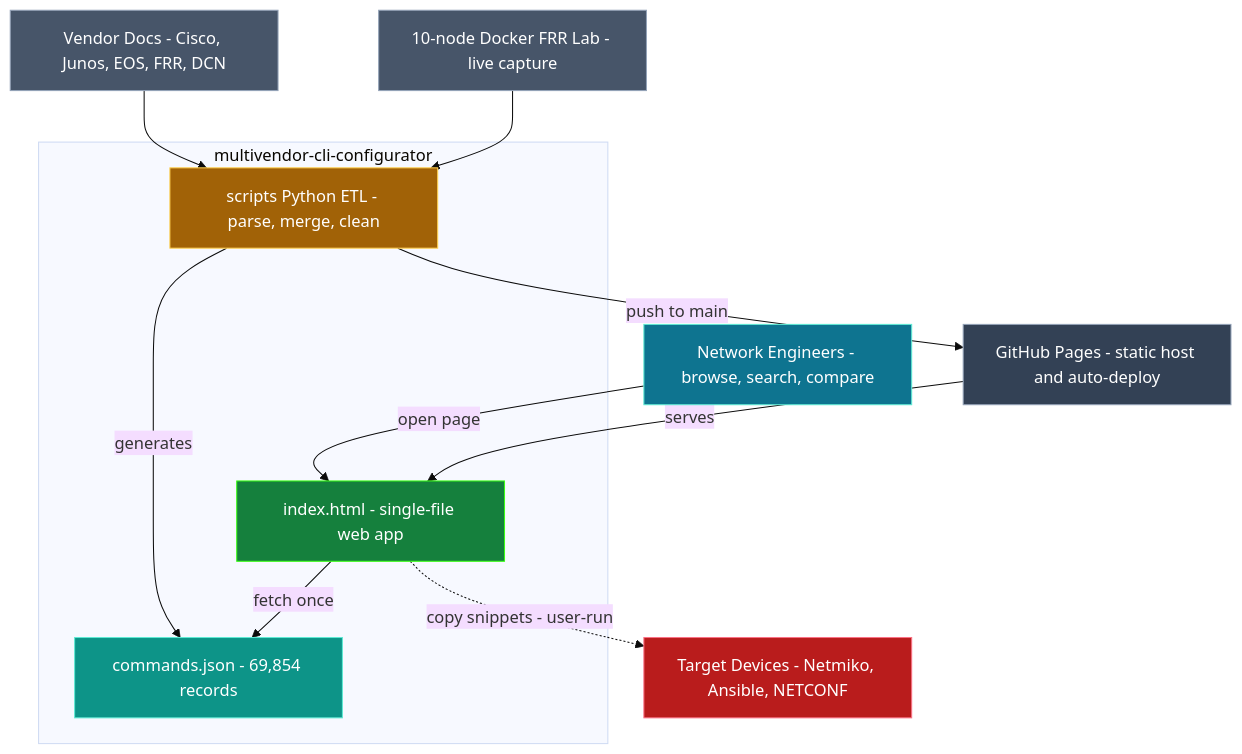
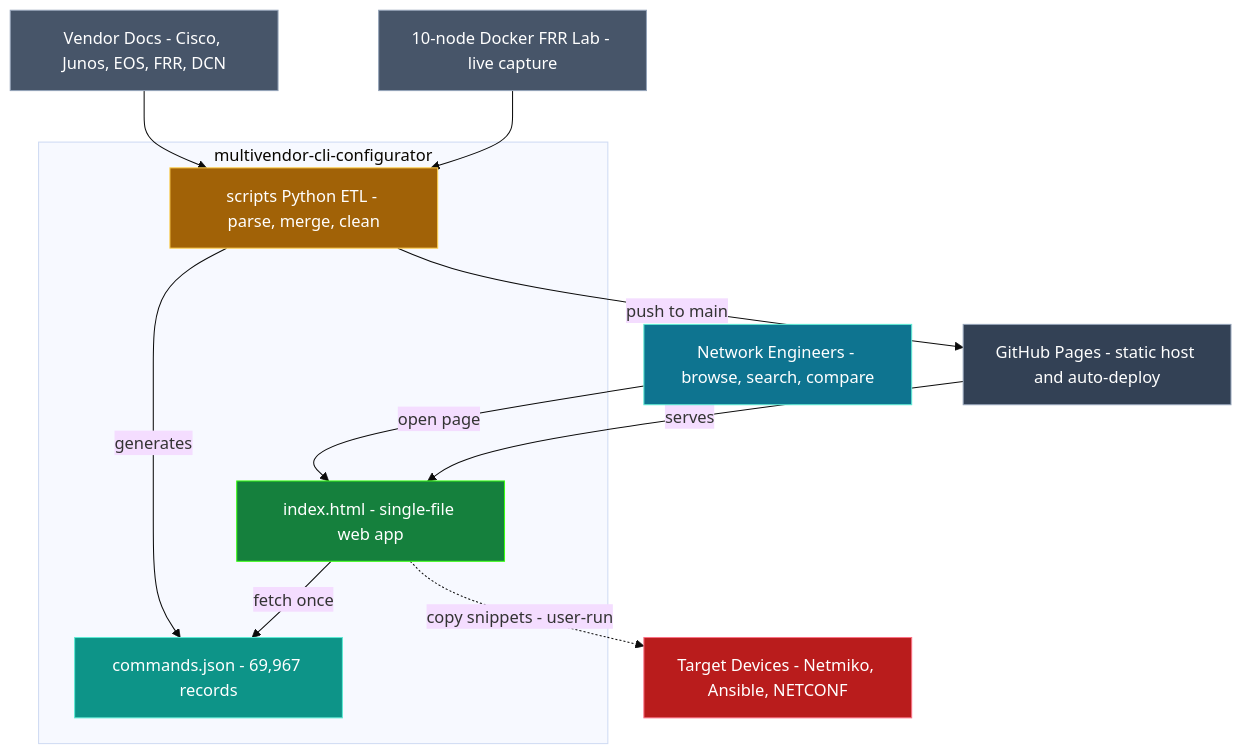
Before and after one commit to gesh75/multivendor-cli-configurator: the diagram in README.md, drawn with Mermaid (base theme). The commit also changed other lines of this file and 9 other files, not shown here.

````diff
--- a/README.md
+++ b/README.md
@@ -131,32 +137,32 @@
 ```mermaid
 flowchart TB
     eng["Network Engineers - browse, search, compare"]:::actor
     docs["Vendor Docs - Cisco, Junos, EOS, FRR, DCN"]:::source
     lab["10-node Docker FRR Lab - live capture"]:::source
 
     subgraph SYS["multivendor-cli-configurator"]
       app["index.html - single-file web app"]:::core
-      data["commands.json - 69,854 records"]:::store
+      data["commands.json - 69,967 records"]:::store
       pipe["scripts Python ETL - parse, merge, clean"]:::build
     end
 
     pages["GitHub Pages - static host and auto-deploy"]:::ext
     devices["Target Devices - Netmiko, Ansible, NETCONF"]:::target
 
     eng -->|"open page"| app
     app -->|"fetch once"| data
     docs --> pipe
     lab --> pipe
     pipe -->|"generates"| data
     pipe -->|"push to main"| pages
     pages -->|"serves"| app
     app -.->|"copy snippets - user-run"| devices
 
     classDef actor  fill:#0e7490,stroke:#5eead4,color:#fff
     classDef source fill:#475569,stroke:#94a3b8,color:#fff
     classDef core   fill:#15803d,stroke:#39ff14,color:#fff
     classDef store  fill:#0d9488,stroke:#5eead4,color:#fff
     classDef build  fill:#a16207,stroke:#ffd152,color:#fff
     classDef ext    fill:#334155,stroke:#94a3b8,color:#fff
     classDef target fill:#b91c1c,stroke:#fb7185,color:#fff
 ```
````
